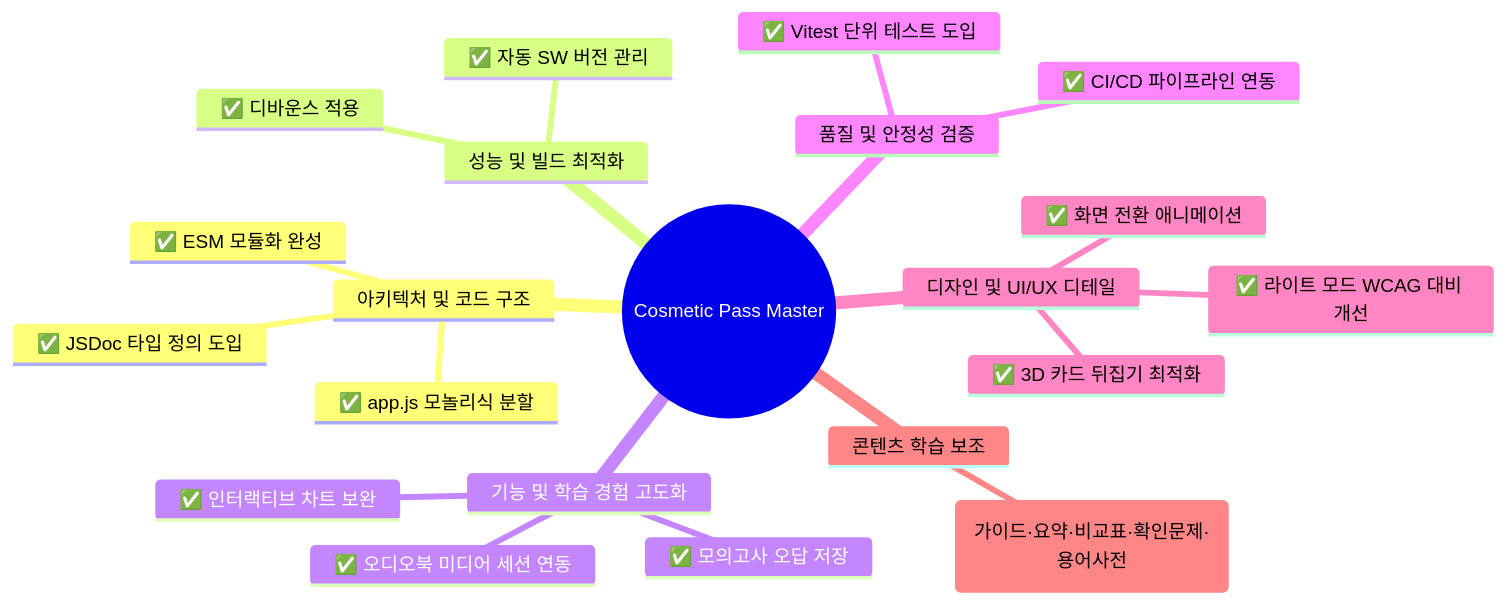
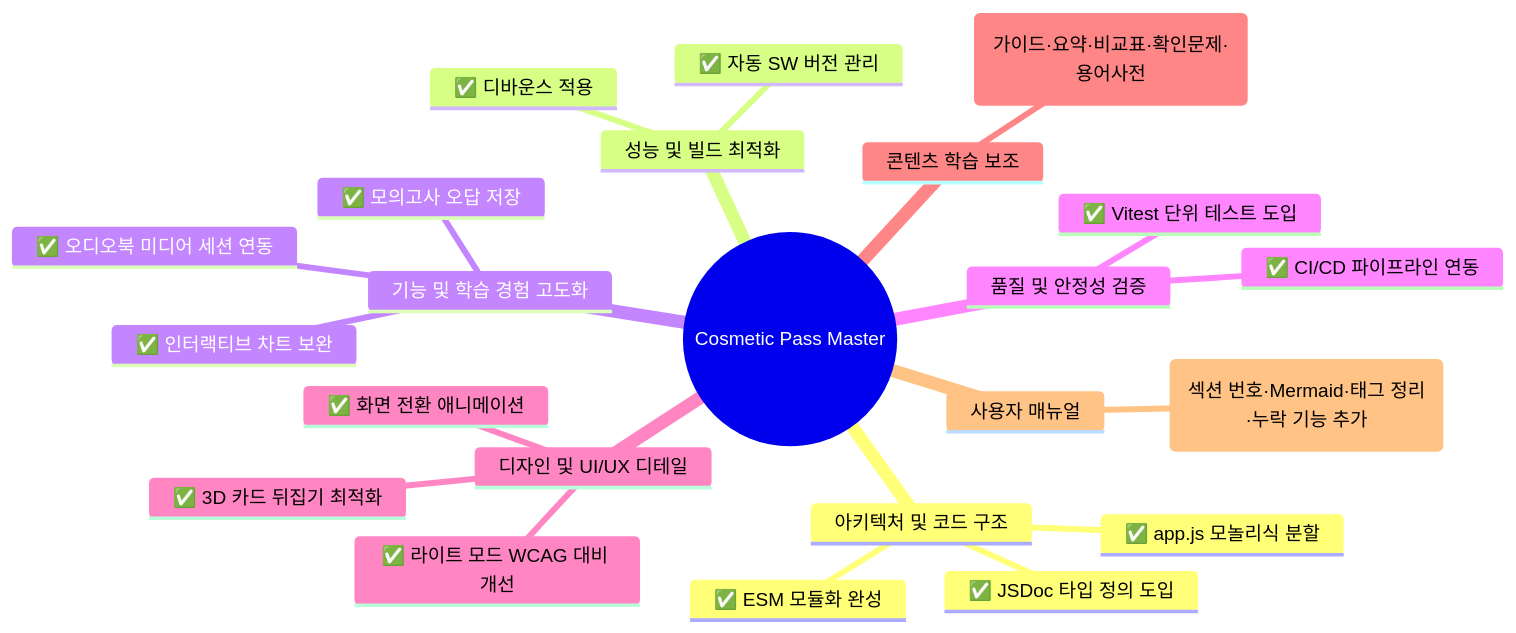
One commit to skygoldlee-cyber/Personalized_Skincare changed the diagram in docs/dev/IMPROVEMENTS_REPORT.md. Above: the diagram before and after it, drawn with Mermaid. The commit also changed other lines of this file and 5 other files, not shown here.

First line of the commit message:
feat: 사용자 매뉴얼 전면 재정리 및 관련 문서 갱신

````diff
--- a/docs/dev/IMPROVEMENTS_REPORT.md
+++ b/docs/dev/IMPROVEMENTS_REPORT.md
@@ -21,24 +23,26 @@
 ```mermaid
 mindmap
   root((Cosmetic Pass Master))
     아키텍처 및 코드 구조
       ✅ app.js 모놀리식 분할
       ✅ ESM 모듈화 완성
       ✅ JSDoc 타입 정의 도입
     성능 및 빌드 최적화
       ✅ 디바운스 적용
       ✅ 자동 SW 버전 관리
     기능 및 학습 경험 고도화
       ✅ 모의고사 오답 저장
       ✅ 오디오북 미디어 세션 연동
       ✅ 인터랙티브 차트 보완
     품질 및 안정성 검증
       ✅ Vitest 단위 테스트 도입
       ✅ CI/CD 파이프라인 연동
     디자인 및 UI/UX 디테일
       ✅ 화면 전환 애니메이션
       ✅ 3D 카드 뒤집기 최적화
       ✅ 라이트 모드 WCAG 대비 개선
     콘텐츠 학습 보조
       ✅ 5대 학습 보조 개선 (가이드·요약·비교표·확인문제·용어사전)
+    사용자 매뉴얼
+      ✅ 전면 재정리 (섹션 번호·Mermaid·태그 정리·누락 기능 추가)
 ```
````
